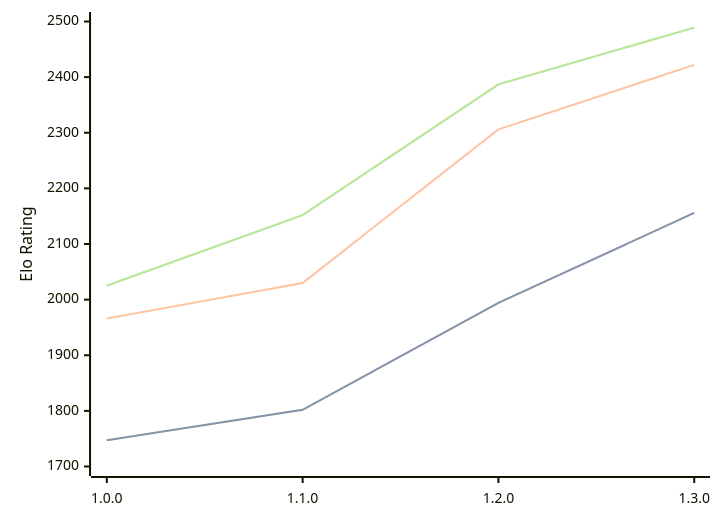
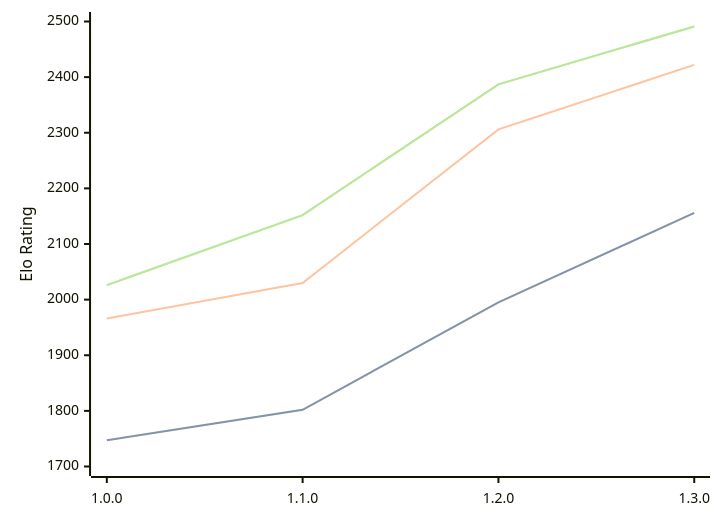
One commit to computer-chess-index/cci changed the diagram in engines/Anodos.md. Above: the diagram before and after it, drawn with Mermaid. The commit also changed other lines of this file, not shown here.

Commit message:
Update CCI Ratings (ELO VLTC) - 2026-08-29

````diff
--- a/engines/Anodos.md
+++ b/engines/Anodos.md
@@ -34,11 +34,11 @@
 ```mermaid
 %%{init: {"theme":"base","themeVariables":{"seriesColors:['#a3a3a3','#222221','#faa371']}}}%%
 xychart-beta
   x-axis ["1.0.0", "1.1.0", "1.2.0", "1.3.0"]
   y-axis "Elo Rating" 1700 --> 2500
-  line "" [1747, 1802, 1994, 2156]
-  line "STC (8.0+0.08s)" [1747, 1802, 1994, 2156]
+  line "" [1747, 1802, 1995, 2156]
+  line "STC (8.0+0.08s)" [1747, 1802, 1995, 2156]
   line "LTC (60.0+0.60s)" [1966, 2030, 2306, 2422]
-  line "" [2025, 2152, 2387, 2489]
-  line "VLTC (2m24s+1.12s)" [2025, 2152, 2387, 2489]
+  line "" [2026, 2152, 2387, 2491]
+  line "VLTC (2m24s+1.12s)" [2026, 2152, 2387, 2491]
 ```
````
